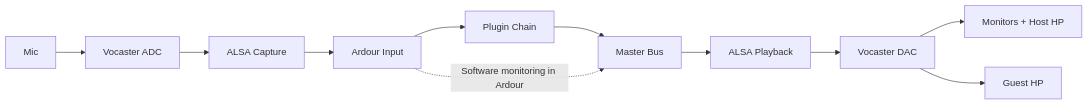
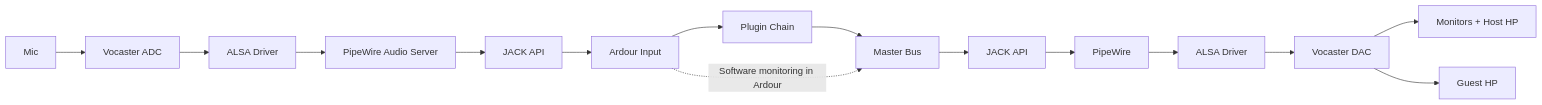
One commit to alios/sg9-studio changed the diagram in STUDIO.md. Above: the diagram before and after it, drawn with Mermaid. The commit also changed other lines of this file and 21 other files, not shown here.

````diff
--- a/STUDIO.md
+++ b/STUDIO.md
@@ -33,13 +32,17 @@
 ```mermaid
 flowchart LR
     Mic[Mic] --> VocADC[Vocaster ADC]
-    VocADC --> ALSAIn[ALSA Capture]
-    ALSAIn --> ArdIn[Ardour Input]
+    VocADC --> ALSADrv[ALSA Driver]
+    ALSADrv --> PW[PipeWire Audio Server]
+    PW --> JACK[JACK API]
+    JACK --> ArdIn[Ardour Input]
     ArdIn --> Chain[Plugin Chain]
     Chain --> Master[Master Bus]
-    Master --> ALSAOut[ALSA Playback]
+    Master --> JACKOut[JACK API]
+    JACKOut --> PWOut[PipeWire]
+    PWOut --> ALSAOut[ALSA Driver]
     ALSAOut --> VocDAC[Vocaster DAC]
     VocDAC --> Mon[Monitors + Host HP]
     VocDAC --> Guest[Guest HP]
     ArdIn -. "Software monitoring in Ardour" .-> Master
 ```
````
